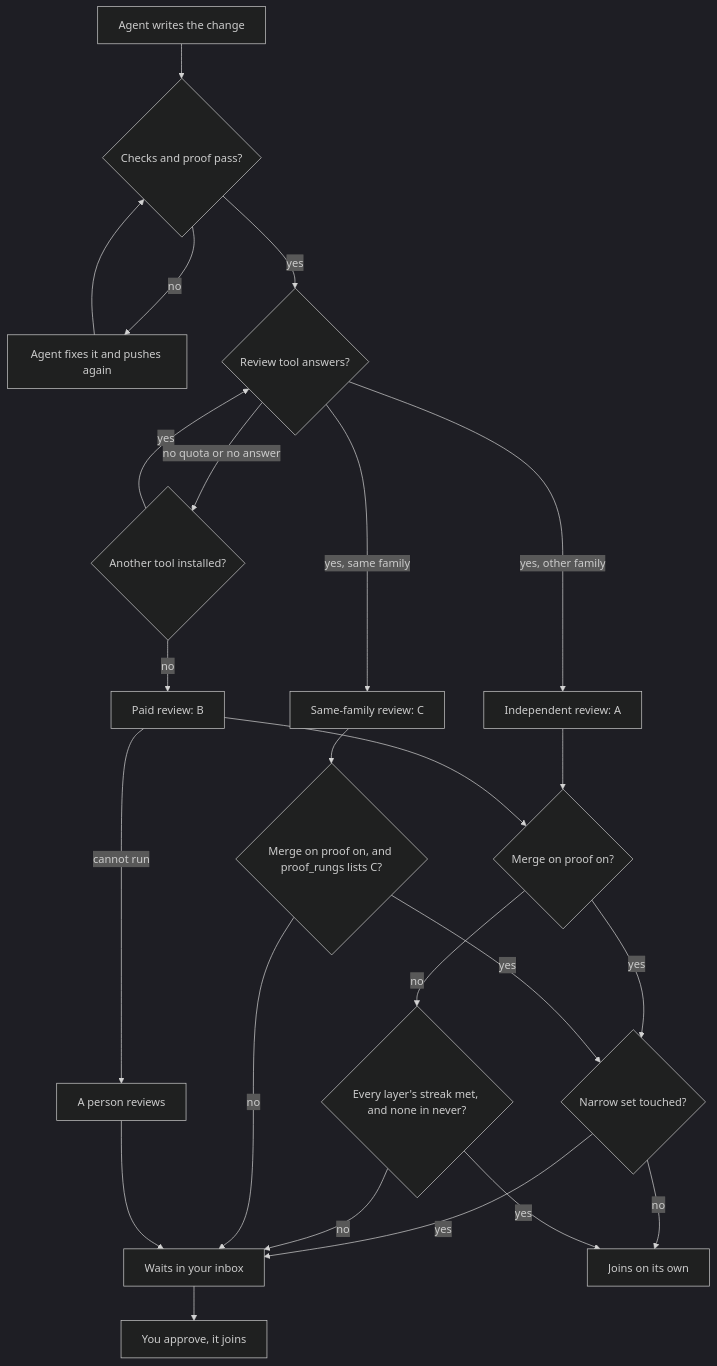
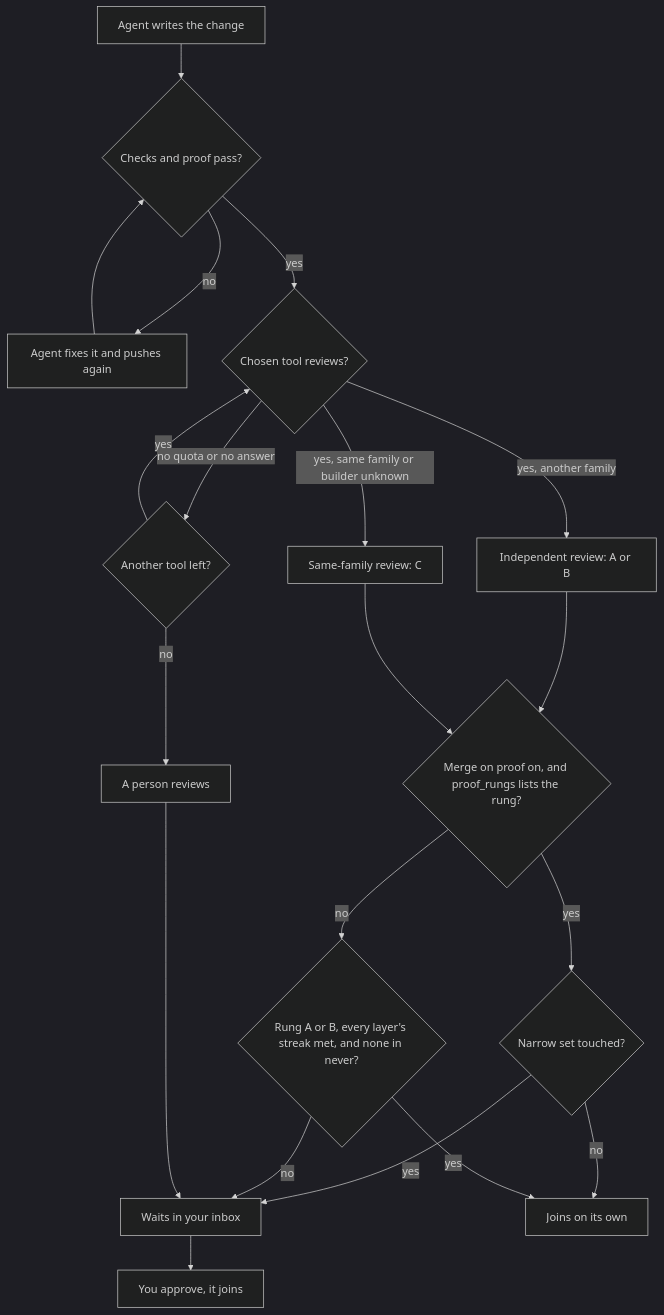
One commit to rahulnakmol/agentic-ayudha changed the diagram in docs/releases/v0.3.0.md. Above: the diagram before and after it, drawn with Mermaid (dark theme). The commit also changed other lines of this file and 6 other files, not shown here.

````diff
--- a/docs/releases/v0.3.0.md
+++ b/docs/releases/v0.3.0.md
@@ -106,26 +110,22 @@
 ```mermaid
 flowchart TD
     A[Agent writes the change] --> B{Checks and proof pass?}
     B -->|no| R[Agent fixes it and pushes again]
     R --> B
-    B -->|yes| D{Review tool answers?}
-    D -->|yes, other family| E[Independent review: A]
-    D -->|yes, same family| C3[Same-family review: C]
-    D -->|no quota or no answer| N{Another tool installed?}
+    B -->|yes| D{Chosen tool reviews?}
+    D -->|yes, another family| E[Independent review: A or B]
+    D -->|yes, same family or builder unknown| C3[Same-family review: C]
+    D -->|no quota or no answer| N{Another tool left?}
     N -->|yes| D
-    N -->|no| F[Paid review: B]
-    F -->|cannot run| P[A person reviews]
-    E --> M{Merge on proof on?}
-    F --> M
+    N -->|no| P[A person reviews]
+    E --> M{Merge on proof on, and proof_rungs lists the rung?}
+    C3 --> M
     M -->|yes| G{Narrow set touched?}
     G -->|yes| I[Waits in your inbox]
     G -->|no| H[Joins on its own]
-    M -->|no| K{Every layer's streak met, and none in never?}
+    M -->|no| K{Rung A or B, every layer's streak met, and none in never?}
     K -->|yes| H
     K -->|no| I
-    C3 --> Q{Merge on proof on, and proof_rungs lists C?}
-    Q -->|yes| G
-    Q -->|no| I
     P --> I
     I --> J[You approve, it joins]
 ```
````
